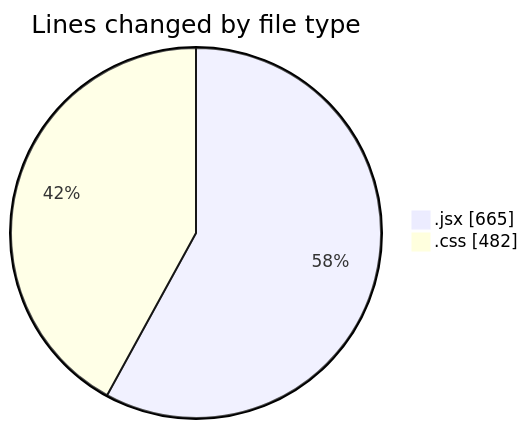
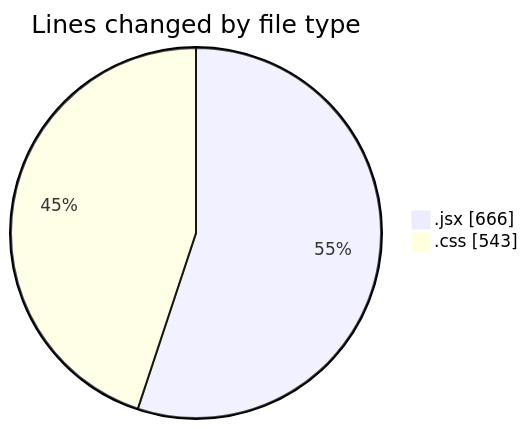
Before and after one commit to BS-eng2023/code-tracking: the first of 2 diagrams in 2025-05-08/recipe-app/README.md, drawn with Mermaid. The commit also changed other lines of this file and 1 other file, not shown here.

````diff
--- a/2025-05-08/recipe-app/README.md
+++ b/2025-05-08/recipe-app/README.md
@@ -25,6 +25,6 @@
 ```mermaid
 pie showData
 title Lines changed by file type
-".jsx" : 665
-".css" : 482
+".jsx" : 666
+".css" : 543
 ```
````
